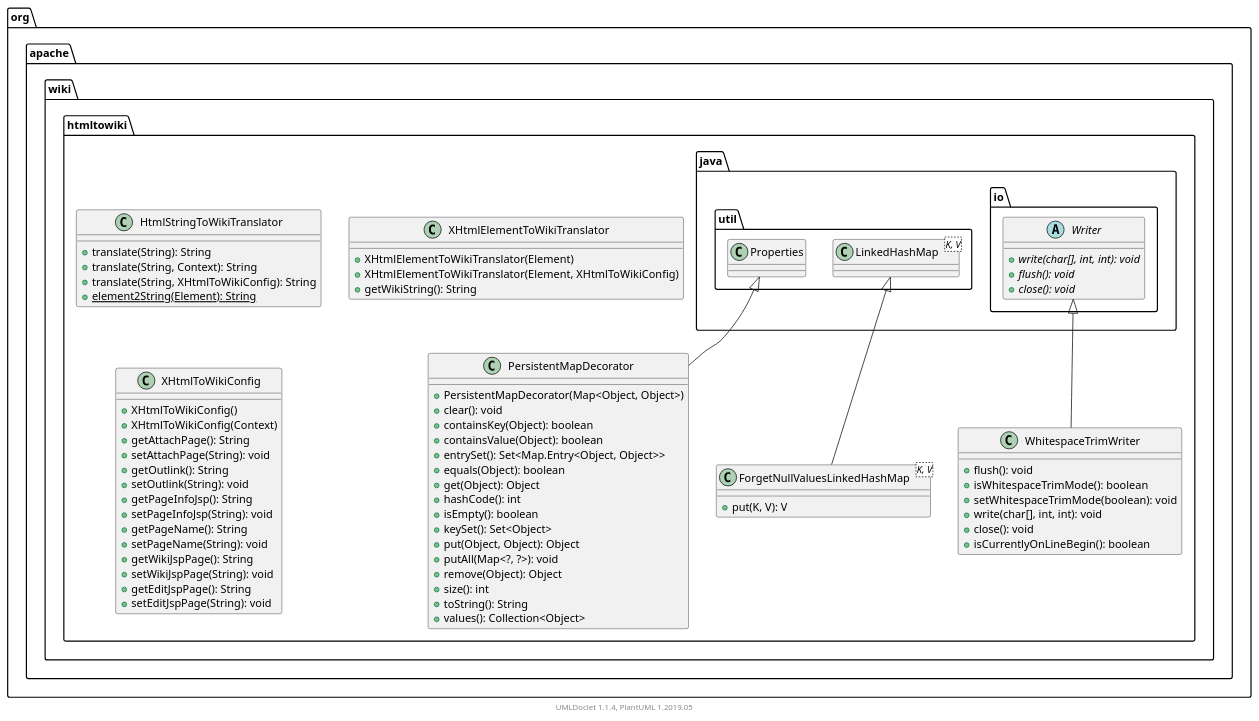
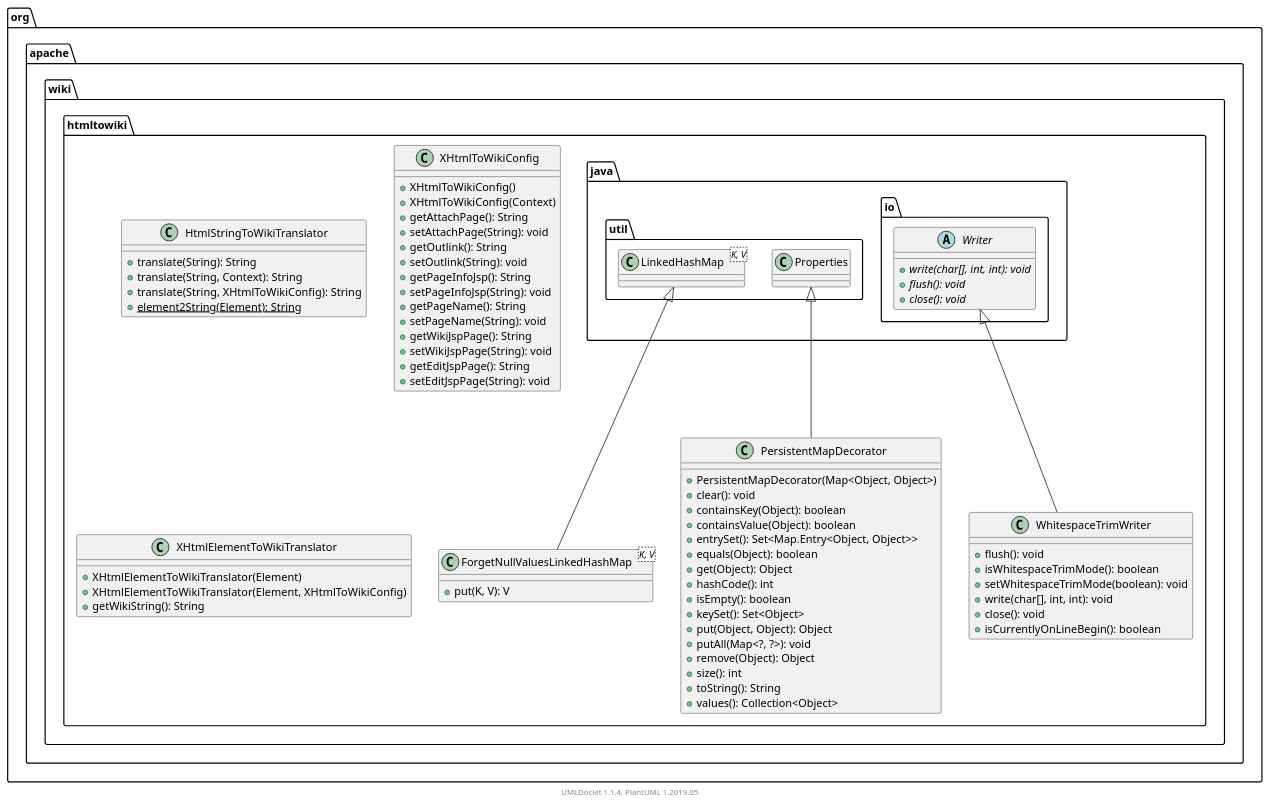
Before and after one commit to apache/jspwiki-site: the diagram in apidocs/2.11.0.M7-SNAPSHOT/org/apache/wiki/htmltowiki/package.puml, drawn with PlantUML. The commit also changed other lines of this file and 1804 other files, not shown here.

```diff
--- a/apidocs/2.11.0.M7-SNAPSHOT/org/apache/wiki/htmltowiki/package.puml
+++ b/apidocs/2.11.0.M7-SNAPSHOT/org/apache/wiki/htmltowiki/package.puml
@@ -1,84 +1,84 @@
 @startuml
 
     namespace org.apache.wiki.htmltowiki {
+
+        class HtmlStringToWikiTranslator [[HtmlStringToWikiTranslator.html]] {
+            +translate(String): String
+            +translate(String, Context): String
+            +translate(String, XHtmlToWikiConfig): String
+            {static} +element2String(Element): String
+        }
+
+        class XHtmlToWikiConfig [[XHtmlToWikiConfig.html]] {
+            +XHtmlToWikiConfig()
+            +XHtmlToWikiConfig(Context)
+            +getAttachPage(): String
+            +setAttachPage(String): void
+            +getOutlink(): String
+            +setOutlink(String): void
+            +getPageInfoJsp(): String
+            +setPageInfoJsp(String): void
+            +getPageName(): String
+            +setPageName(String): void
+            +getWikiJspPage(): String
+            +setWikiJspPage(String): void
+            +getEditJspPage(): String
+            +setEditJspPage(String): void
+        }
+
+        class ForgetNullValuesLinkedHashMap<K, V> [[ForgetNullValuesLinkedHashMap.html]] {
+            +put(K, V): V
+        }
 
         class PersistentMapDecorator [[PersistentMapDecorator.html]] {
             +PersistentMapDecorator(Map<Object, Object>)
             +clear(): void
             +containsKey(Object): boolean
             +containsValue(Object): boolean
             +entrySet(): Set<Map.Entry<Object, Object>>
             +equals(Object): boolean
             +get(Object): Object
             +hashCode(): int
             +isEmpty(): boolean
             +keySet(): Set<Object>
             +put(Object, Object): Object
             +putAll(Map<?, ?>): void
             +remove(Object): Object
             +size(): int
             +toString(): String
             +values(): Collection<Object>
         }
 
-        class HtmlStringToWikiTranslator [[HtmlStringToWikiTranslator.html]] {
-            +translate(String): String
-            +translate(String, Context): String
-            +translate(String, XHtmlToWikiConfig): String
-            {static} +element2String(Element): String
-        }
-
         class WhitespaceTrimWriter [[WhitespaceTrimWriter.html]] {
             +flush(): void
             +isWhitespaceTrimMode(): boolean
             +setWhitespaceTrimMode(boolean): void
             +write(char[], int, int): void
             +close(): void
             +isCurrentlyOnLineBegin(): boolean
         }
 
         class XHtmlElementToWikiTranslator [[XHtmlElementToWikiTranslator.html]] {
             +XHtmlElementToWikiTranslator(Element)
             +XHtmlElementToWikiTranslator(Element, XHtmlToWikiConfig)
             +getWikiString(): String
         }
 
-        class ForgetNullValuesLinkedHashMap<K, V> [[ForgetNullValuesLinkedHashMap.html]] {
-            +put(K, V): V
-        }
-
-        class XHtmlToWikiConfig [[XHtmlToWikiConfig.html]] {
-            +XHtmlToWikiConfig()
-            +XHtmlToWikiConfig(Context)
-            +getAttachPage(): String
-            +setAttachPage(String): void
-            +getOutlink(): String
-            +setOutlink(String): void
-            +getPageInfoJsp(): String
-            +setPageInfoJsp(String): void
-            +getPageName(): String
-            +setPageName(String): void
-            +getWikiJspPage(): String
-            +setWikiJspPage(String): void
-            +getEditJspPage(): String
-            +setEditJspPage(String): void
-        }
+        class java.util.LinkedHashMap<K, V>
+        java.util.LinkedHashMap <|-- ForgetNullValuesLinkedHashMap
 
         class java.util.Properties
         java.util.Properties <|-- PersistentMapDecorator
 
         abstract class java.io.Writer {
             {abstract} +write(char[], int, int): void
             {abstract} +flush(): void
             {abstract} +close(): void
         }
         java.io.Writer <|-- WhitespaceTrimWriter
 
-        class java.util.LinkedHashMap<K, V>
-        java.util.LinkedHashMap <|-- ForgetNullValuesLinkedHashMap
-
     }
 
 
     center footer UMLDoclet 1.1.4, PlantUML 1.2019.05
 @enduml
```
